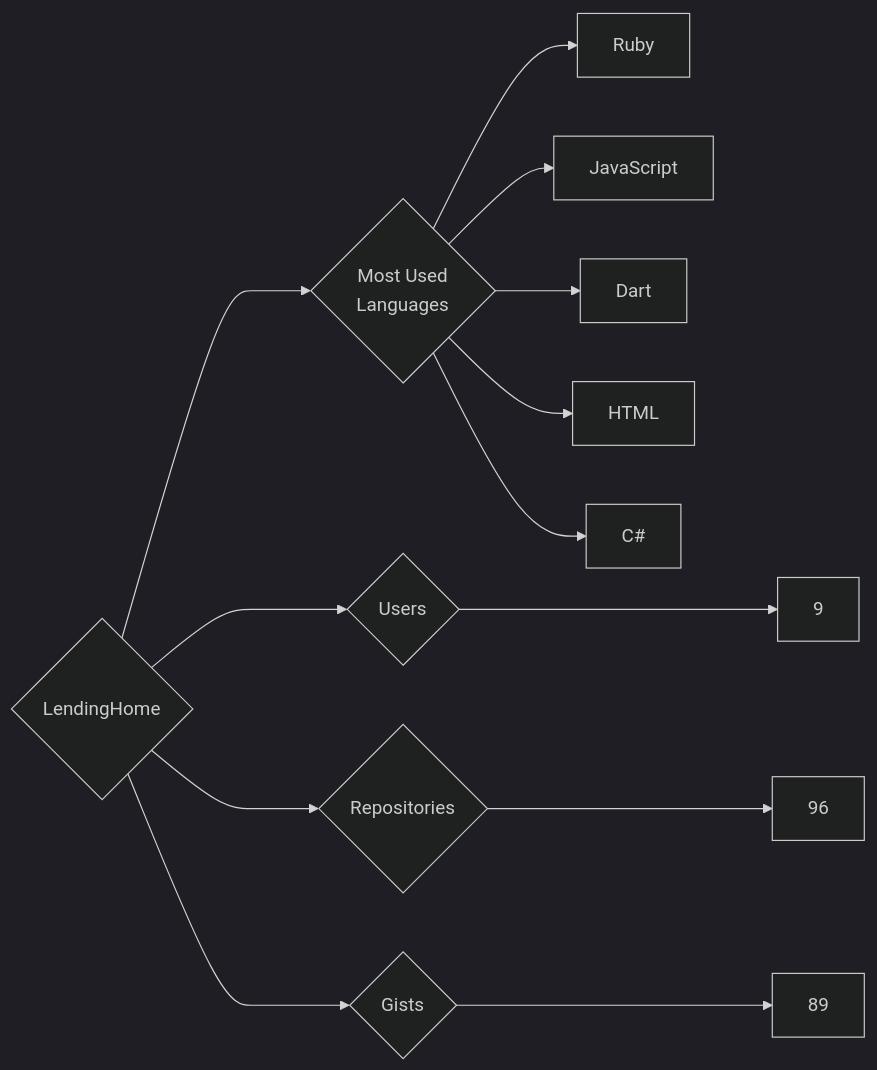
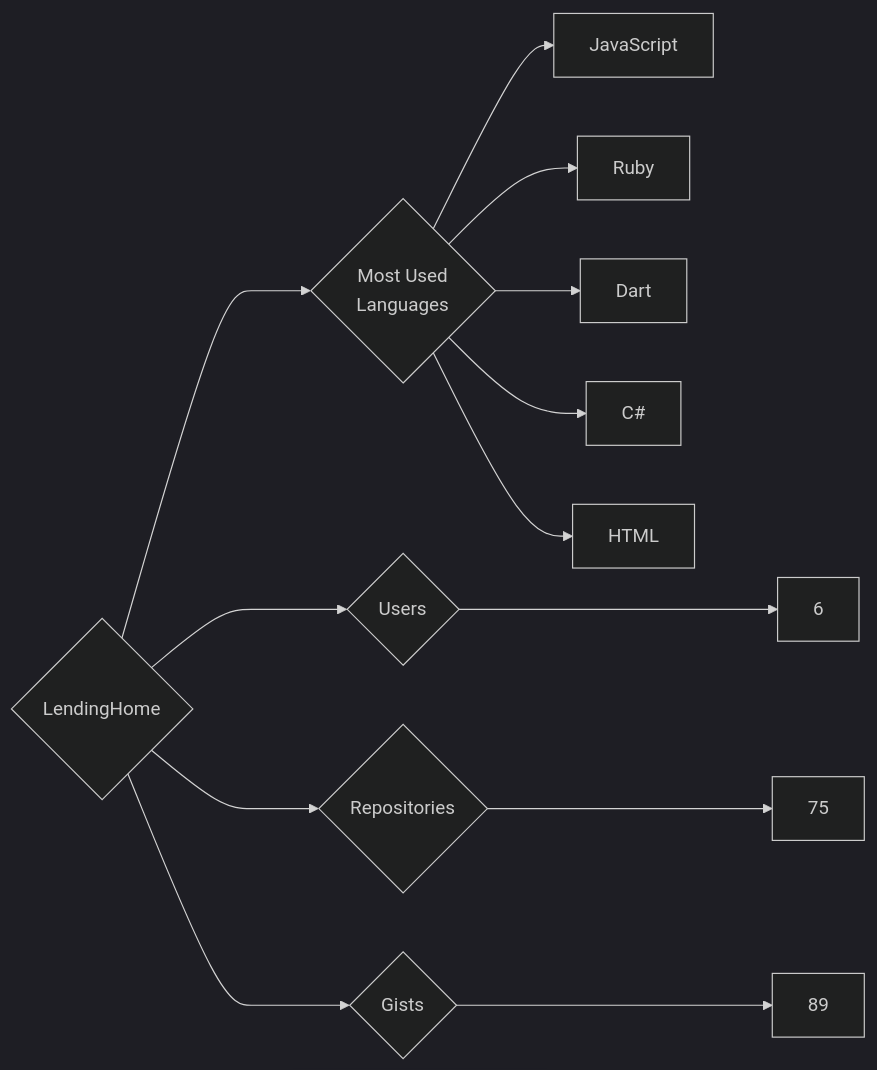
One commit to trickest/insiders changed the diagram in targets/LendingHome/README.md. Above: the diagram before and after it, drawn with Mermaid (dark theme). The commit also changed 1084 other files, not shown here.

````diff
--- a/targets/LendingHome/README.md
+++ b/targets/LendingHome/README.md
@@ -3,13 +3,13 @@
 ```mermaid
 graph LR
 COMPANY_NAME{LendingHome}
-COMPANY_NAME ---> U{Users} ---> UN[9]
-COMPANY_NAME ---> R{Repositories} ---> RN[96]
+COMPANY_NAME ---> U{Users} ---> UN[6]
+COMPANY_NAME ---> R{Repositories} ---> RN[75]
 COMPANY_NAME ---> G{Gists} ---> GN[89]
 COMPANY_NAME ---> ML{Most Used<br>Languages}
+ML --> JavaScript[JavaScript]
 ML --> Ruby[Ruby]
-ML --> JavaScript[JavaScript]
 ML --> Dart[Dart]
+ML --> C#[C#]
 ML --> HTML[HTML]
-ML --> C#[C#]
 ```
````
